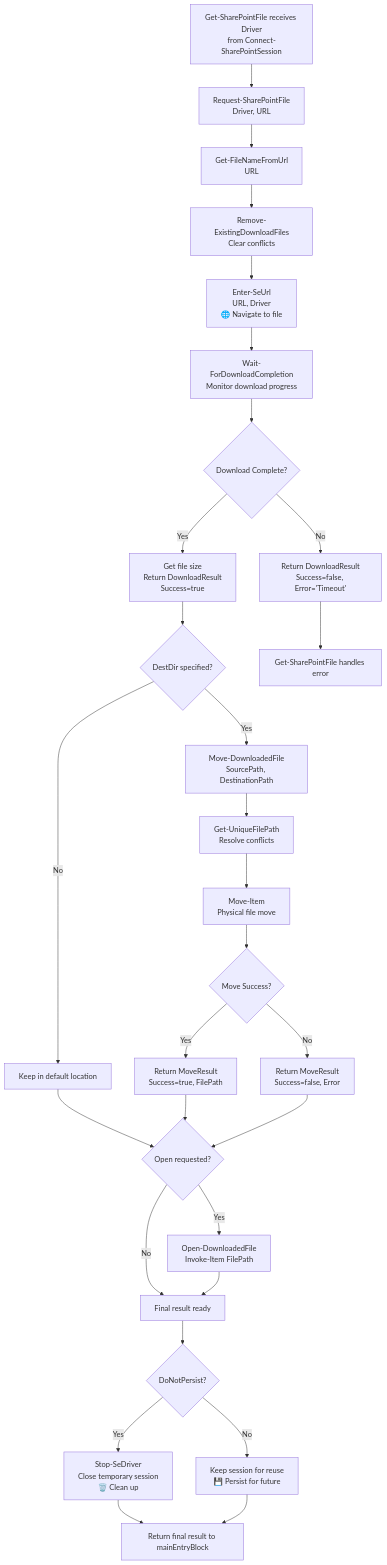
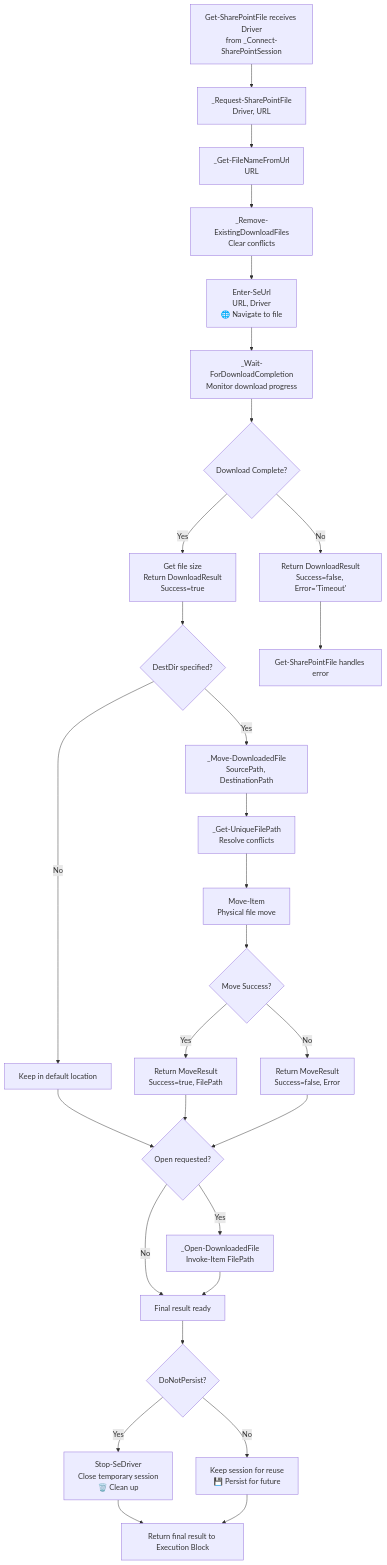
Before and after one commit to shillis13/powershell: the fourth of 4 diagrams in Scripts/SharePointUtils/README.GetSharePointFile.md, drawn with Mermaid. The commit also changed other lines of this file and 4 other files, not shown here.

Commit message:
Trying to download from SharePoint

````diff
--- a/Scripts/SharePointUtils/README.GetSharePointFile.md
+++ b/Scripts/SharePointUtils/README.GetSharePointFile.md
@@ -82,43 +239,43 @@
 ```mermaid
 graph TD
-    A[Get-SharePointFile receives Driver<br/>from Connect-SharePointSession] --> B[Request-SharePointFile<br/>Driver, URL]
+    A[Get-SharePointFile receives Driver<br/>from _Connect-SharePointSession] --> B[_Request-SharePointFile<br/>Driver, URL]
     
-    B --> C[Get-FileNameFromUrl<br/>URL]
-    C --> D[Remove-ExistingDownloadFiles<br/>Clear conflicts]
+    B --> C[_Get-FileNameFromUrl<br/>URL]
+    C --> D[_Remove-ExistingDownloadFiles<br/>Clear conflicts]
     D --> E[Enter-SeUrl<br/>URL, Driver<br/>🌐 Navigate to file]
     
-    E --> F[Wait-ForDownloadCompletion<br/>Monitor download progress]
+    E --> F[_Wait-ForDownloadCompletion<br/>Monitor download progress]
     F --> G{Download Complete?}
     
     G -->|Yes| H[Get file size<br/>Return DownloadResult<br/>Success=true]
     G -->|No| I[Return DownloadResult<br/>Success=false, Error='Timeout']
     
     H --> J{DestDir specified?}
     I --> K[Get-SharePointFile handles error]
     
-    J -->|Yes| L[Move-DownloadedFile<br/>SourcePath, DestinationPath]
+    J -->|Yes| L[_Move-DownloadedFile<br/>SourcePath, DestinationPath]
     J -->|No| M[Keep in default location]
     
-    L --> N[Get-UniqueFilePath<br/>Resolve conflicts]
+    L --> N[_Get-UniqueFilePath<br/>Resolve conflicts]
     N --> O[Move-Item<br/>Physical file move]
     O --> P{Move Success?}
     
     P -->|Yes| Q[Return MoveResult<br/>Success=true, FilePath]
     P -->|No| R[Return MoveResult<br/>Success=false, Error]
     
     M --> S{Open requested?}
     Q --> S
     R --> S
     
-    S -->|Yes| T[Open-DownloadedFile<br/>Invoke-Item FilePath]
+    S -->|Yes| T[_Open-DownloadedFile<br/>Invoke-Item FilePath]
     S -->|No| U[Final result ready]
     
     T --> U
     U --> V{DoNotPersist?}
     
     V -->|Yes| W[Stop-SeDriver<br/>Close temporary session<br/>🗑️ Clean up]
     V -->|No| X[Keep session for reuse<br/>💾 Persist for future]
     
-    W --> Y[Return final result to mainEntryBlock]
+    W --> Y[Return final result to Execution Block]
     X --> Y
 ```
````
